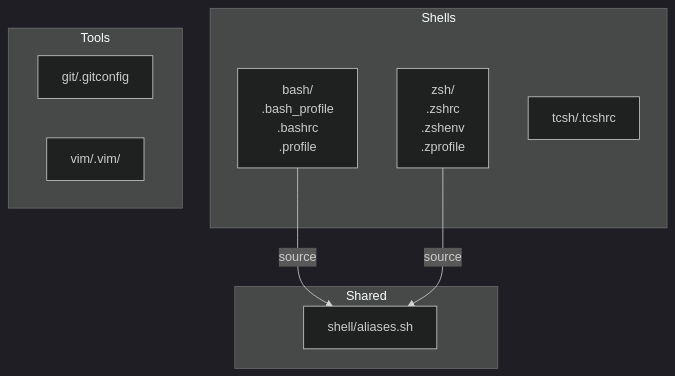
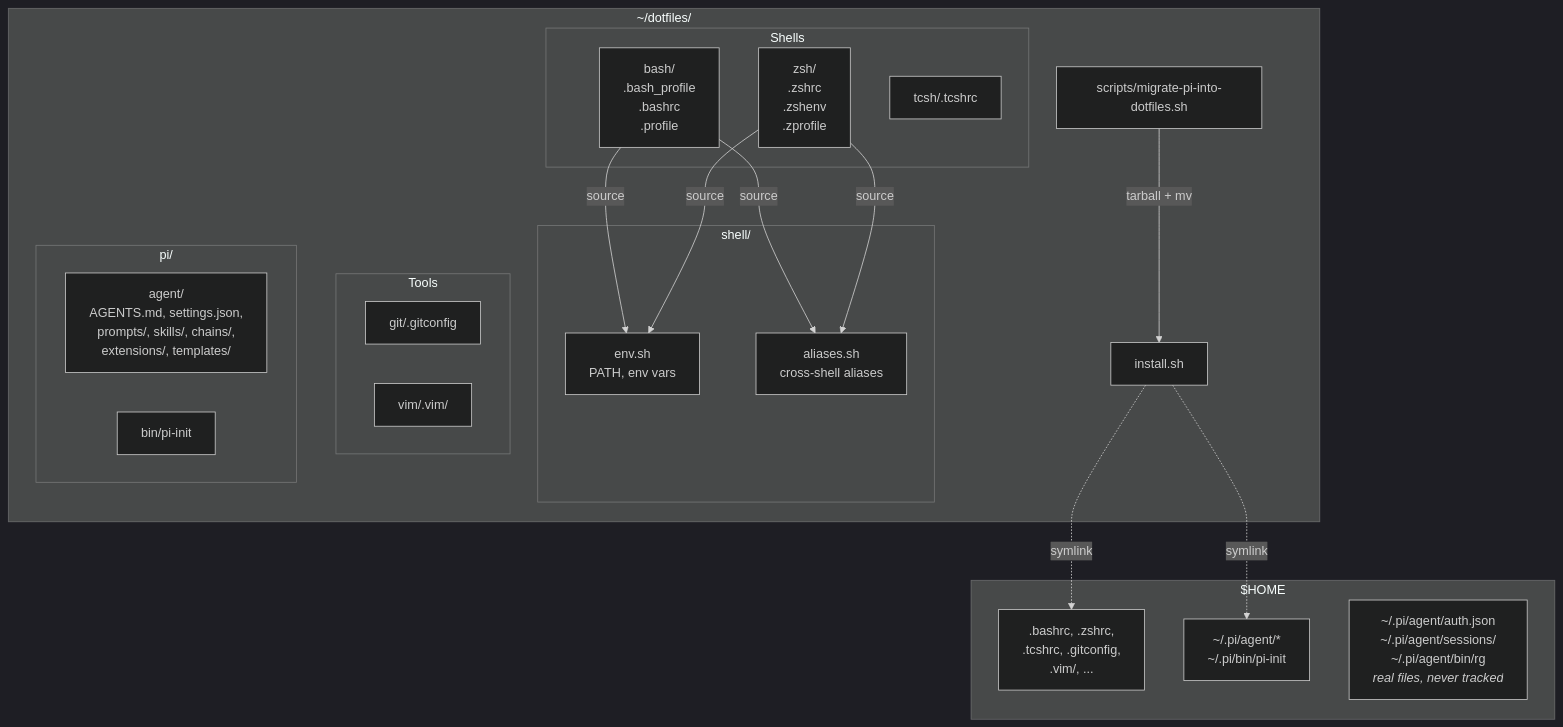
Before and after one commit to g23polar/dotfiles: the diagram in UML.md, drawn with Mermaid (dark theme). The commit also changed other lines of this file and 34 other files, not shown here.

Commit message:
feat: migrate pi agent config to dotfiles

````diff
--- a/UML.md
+++ b/UML.md
@@ -11,17 +11,40 @@
 ```mermaid
 graph TD
-  subgraph Shells
-    bash[bash/<br/>.bash_profile<br/>.bashrc<br/>.profile]
-    zsh[zsh/<br/>.zshrc<br/>.zshenv<br/>.zprofile]
-    tcsh[tcsh/.tcshrc]
+  subgraph Repo[~/dotfiles/]
+    install[install.sh]
+    migrate[scripts/migrate-pi-into-dotfiles.sh]
+
+    subgraph Shells
+      bash[bash/<br/>.bash_profile<br/>.bashrc<br/>.profile]
+      zsh[zsh/<br/>.zshrc<br/>.zshenv<br/>.zprofile]
+      tcsh[tcsh/.tcshrc]
+    end
+    subgraph Shared[shell/]
+      env[env.sh<br/>PATH, env vars]
+      aliases[aliases.sh<br/>cross-shell aliases]
+    end
+    subgraph Tools
+      git[git/.gitconfig]
+      vim[vim/.vim/]
+    end
+    subgraph Pi[pi/]
+      piagent[agent/<br/>AGENTS.md, settings.json,<br/>prompts/, skills/, chains/,<br/>extensions/, templates/]
+      pibin[bin/pi-init]
+    end
   end
-  subgraph Shared
-    aliases[shell/aliases.sh]
+
+  subgraph Home[$HOME]
+    homerc[.bashrc, .zshrc,<br/>.tcshrc, .gitconfig,<br/>.vim/, ...]
+    pihome[~/.pi/agent/*<br/>~/.pi/bin/pi-init]
+    pilocal[~/.pi/agent/auth.json<br/>~/.pi/agent/sessions/<br/>~/.pi/agent/bin/rg<br/><i>real files, never tracked</i>]
   end
-  subgraph Tools
-    git[git/.gitconfig]
-    vim[vim/.vim/]
-  end
+
+  bash -->|source| env
   bash -->|source| aliases
+  zsh -->|source| env
   zsh -->|source| aliases
+
+  install -.symlink.-> homerc
+  install -.symlink.-> pihome
+  migrate -->|tarball + mv| install
 ```
````
